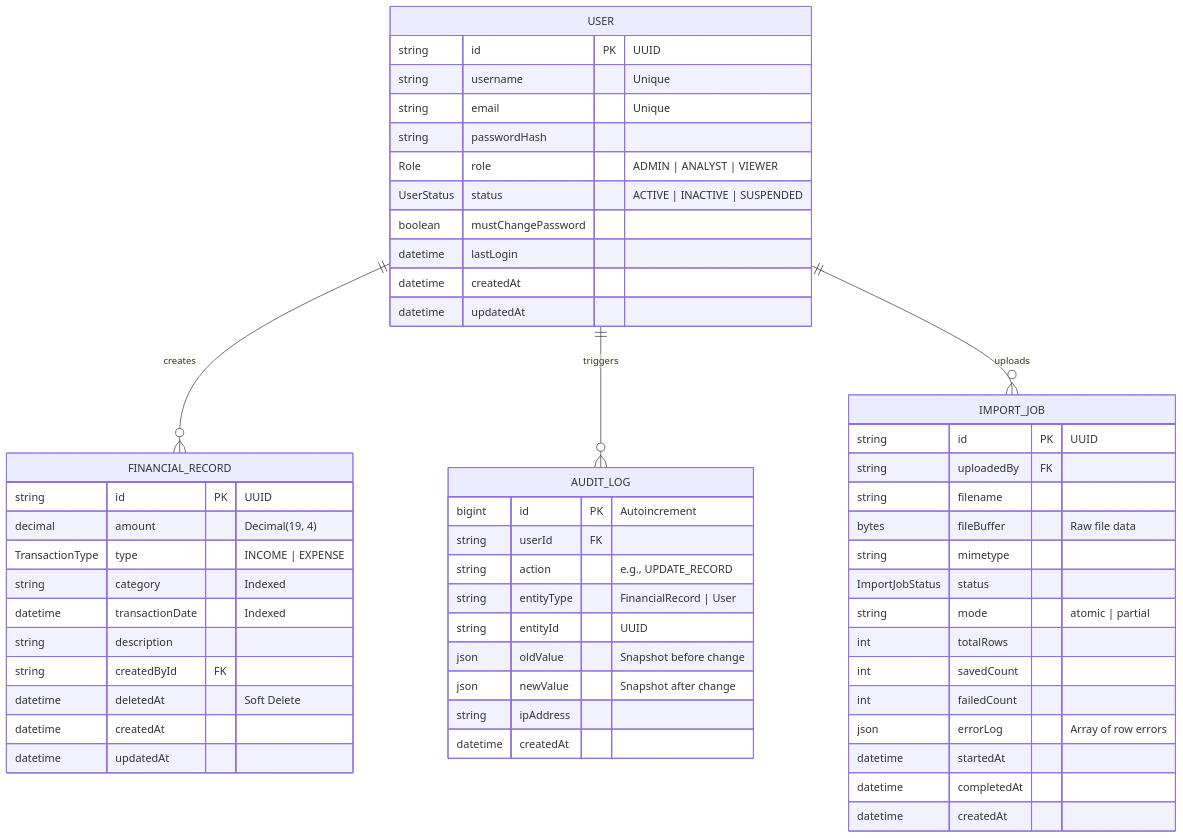
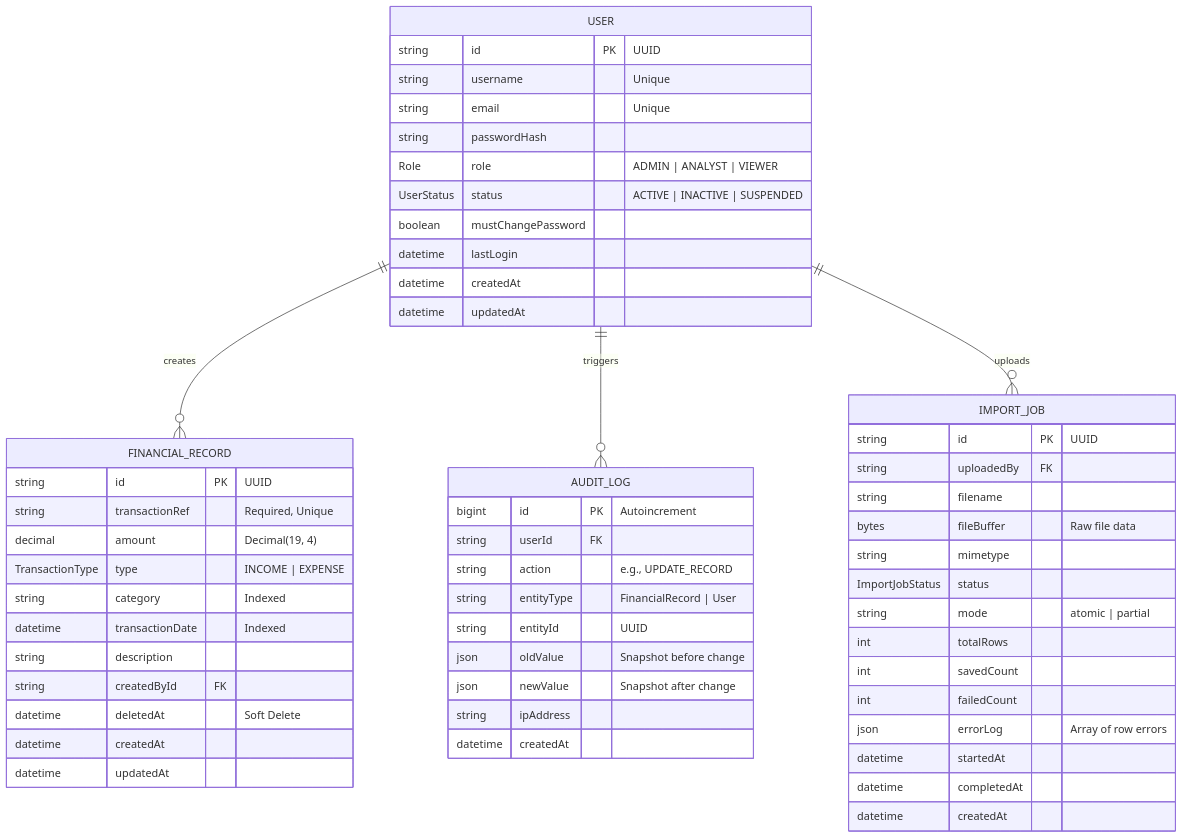
Before and after one commit to PratikBhopi/screening-test: the diagram in schema_documentation.md, drawn with Mermaid. The commit also changed other lines of this file and 26 other files, not shown here.

````diff
--- a/schema_documentation.md
+++ b/schema_documentation.md
@@ -18,61 +18,62 @@
 ```mermaid
 erDiagram
     USER ||--o{ FINANCIAL_RECORD : "creates"
     USER ||--o{ AUDIT_LOG : "triggers"
     USER ||--o{ IMPORT_JOB : "uploads"
 
     USER {
         string id PK "UUID"
         string username "Unique"
         string email "Unique"
         string passwordHash
         Role role "ADMIN | ANALYST | VIEWER"
         UserStatus status "ACTIVE | INACTIVE | SUSPENDED"
         boolean mustChangePassword
         datetime lastLogin
         datetime createdAt
         datetime updatedAt
     }
 
     FINANCIAL_RECORD {
         string id PK "UUID"
+        string transactionRef "Required, Unique"
         decimal amount "Decimal(19, 4)"
         TransactionType type "INCOME | EXPENSE"
         string category "Indexed"
         datetime transactionDate "Indexed"
         string description
         string createdById FK
         datetime deletedAt "Soft Delete"
         datetime createdAt
         datetime updatedAt
     }
 
     AUDIT_LOG {
         bigint id PK "Autoincrement"
         string userId FK
         string action "e.g., UPDATE_RECORD"
         string entityType "FinancialRecord | User"
         string entityId "UUID"
         json oldValue "Snapshot before change"
         json newValue "Snapshot after change"
         string ipAddress
         datetime createdAt
     }
 
     IMPORT_JOB {
         string id PK "UUID"
         string uploadedBy FK
         string filename
         bytes fileBuffer "Raw file data"
         string mimetype
         ImportJobStatus status
         string mode "atomic | partial"
         int totalRows
         int savedCount
         int failedCount
         json errorLog "Array of row errors"
         datetime startedAt
         datetime completedAt
         datetime createdAt
     }
 ```
````
